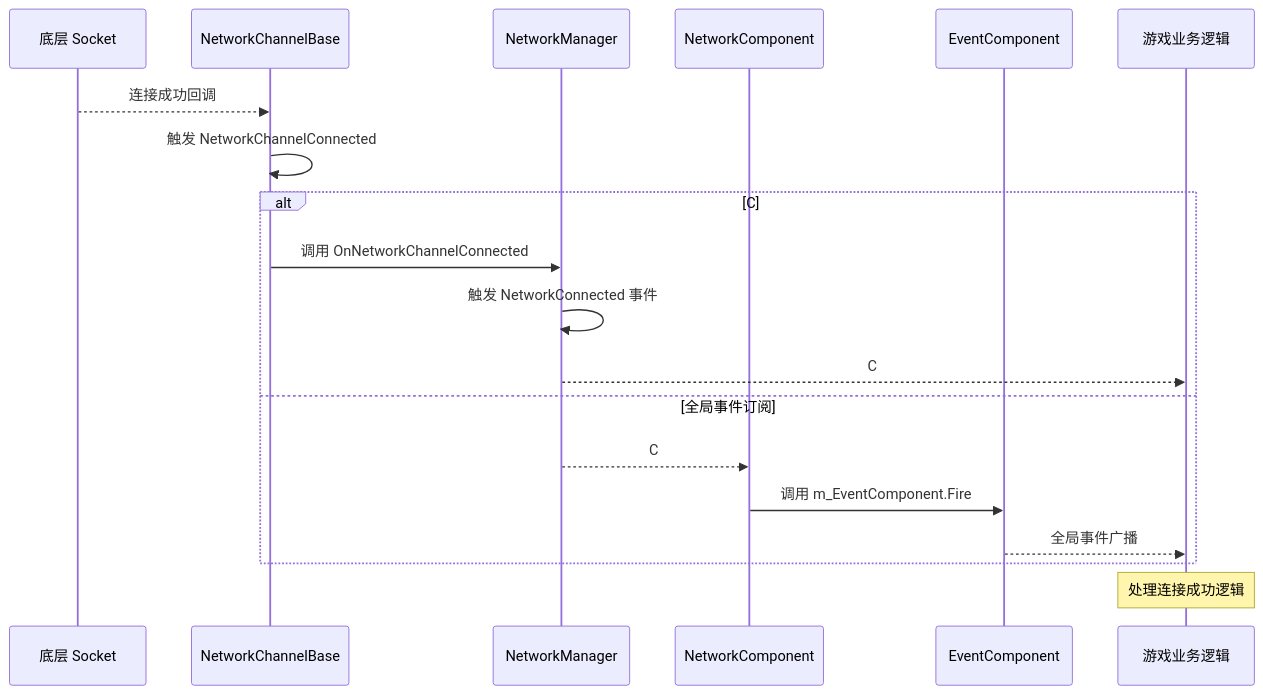
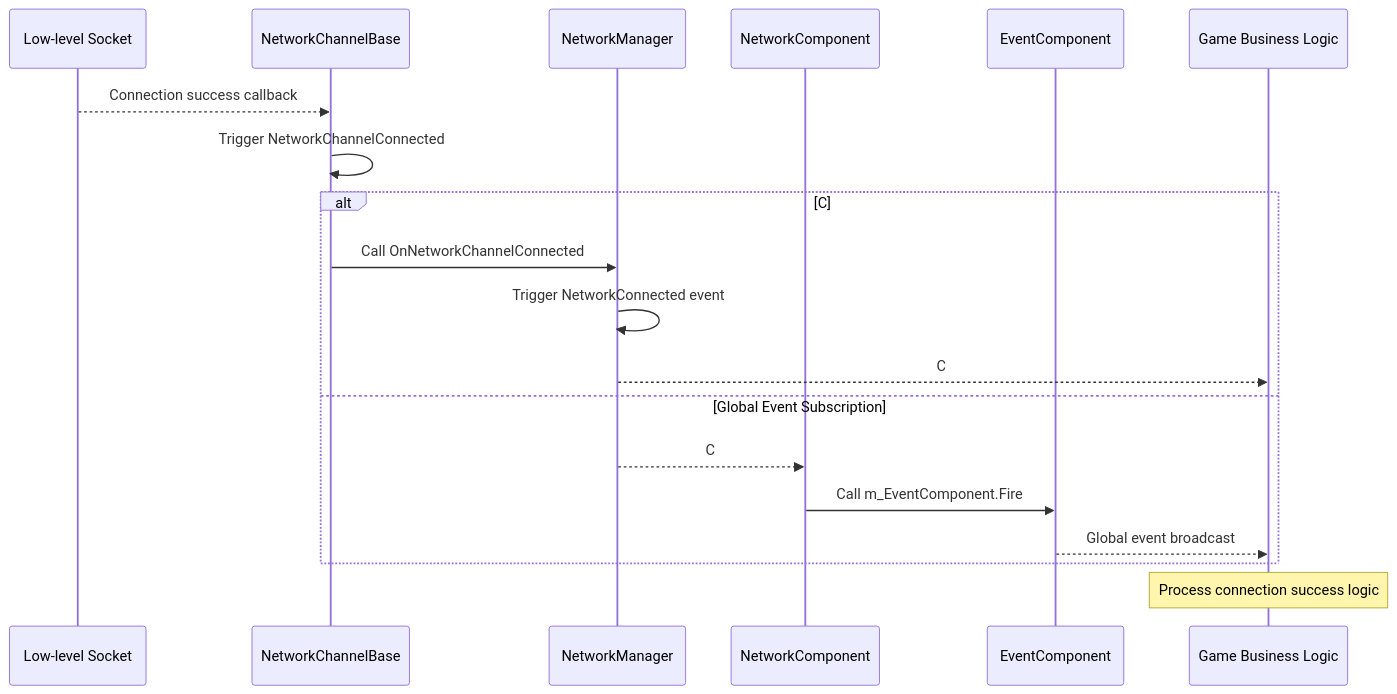
The second of 2 diagrams in docs/en/client/unity/component/network/08.events.md (AlianBlank/GameFrameX.Docs), drawn with Mermaid before and after one commit. The commit also changed other lines of this file and 242 other files, not shown here.

````diff
--- a/docs/en/client/unity/component/network/08.events.md
+++ b/docs/en/client/unity/component/network/08.events.md
@@ -187,24 +187,24 @@
 ```mermaid
 sequenceDiagram
-    participant Socket as 底层 Socket
+    participant Socket as Low-level Socket
     participant NCB as NetworkChannelBase
     participant NM as NetworkManager
     participant NC as NetworkComponent
     participant EC as EventComponent
-    participant Game as 游戏业务逻辑
+    participant Game as Game Business Logic
 
-    Socket-->>NCB: 连接成功回调
-    NCB->>NCB: 触发 NetworkChannelConnected
-    
-    alt C# 事件订阅
-        NCB->>NM: 调用 OnNetworkChannelConnected
-        NM->>NM: 触发 NetworkConnected 事件
-        NM-->>Game: C# 事件回调
-    else 全局事件订阅
-        NM-->>NC: C# 事件回调
-        NC->>EC: 调用 m_EventComponent.Fire
-        EC-->>Game: 全局事件广播
+    Socket-->>NCB: Connection success callback
+    NCB->>NCB: Trigger NetworkChannelConnected
+
+    alt C# Event Subscription
+        NCB->>NM: Call OnNetworkChannelConnected
+        NM->>NM: Trigger NetworkConnected event
+        NM-->>Game: C# event callback
+    else Global Event Subscription
+        NM-->>NC: C# event callback
+        NC->>EC: Call m_EventComponent.Fire
+        EC-->>Game: Global event broadcast
     end
 
-    Note over Game: 处理连接成功逻辑
+    Note over Game: Process connection success logic
 ```
````
